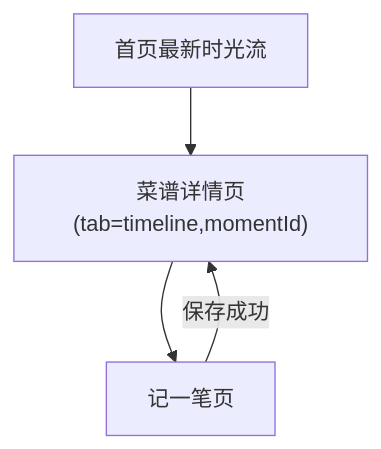
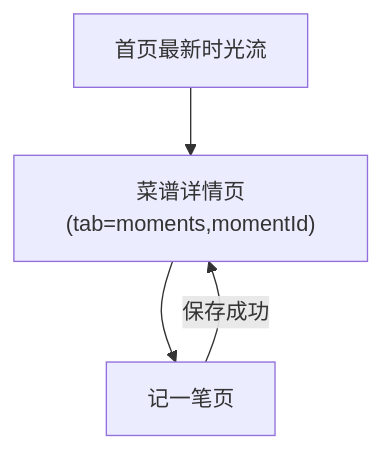
The third of 5 diagrams in docs/frontend/页面路由与跳转图.md (usercxy/menu-time), drawn with Mermaid before and after one commit. The commit also changed 61 other files, not shown here.

````diff
--- a/docs/frontend/页面路由与跳转图.md
+++ b/docs/frontend/页面路由与跳转图.md
@@ -196,6 +196,6 @@
 ```mermaid
 flowchart TD
-    A["首页最新时光流"] --> B["菜谱详情页(tab=timeline,momentId)"]
+    A["首页最新时光流"] --> B["菜谱详情页(tab=moments,momentId)"]
     B --> C["记一笔页"]
     C -->|保存成功| B
 ```
````
